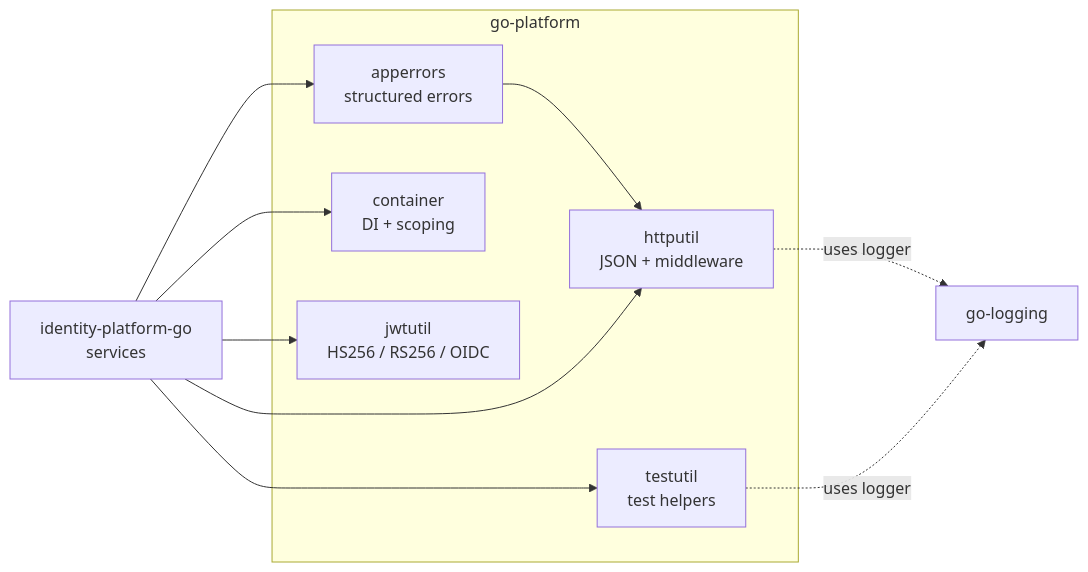
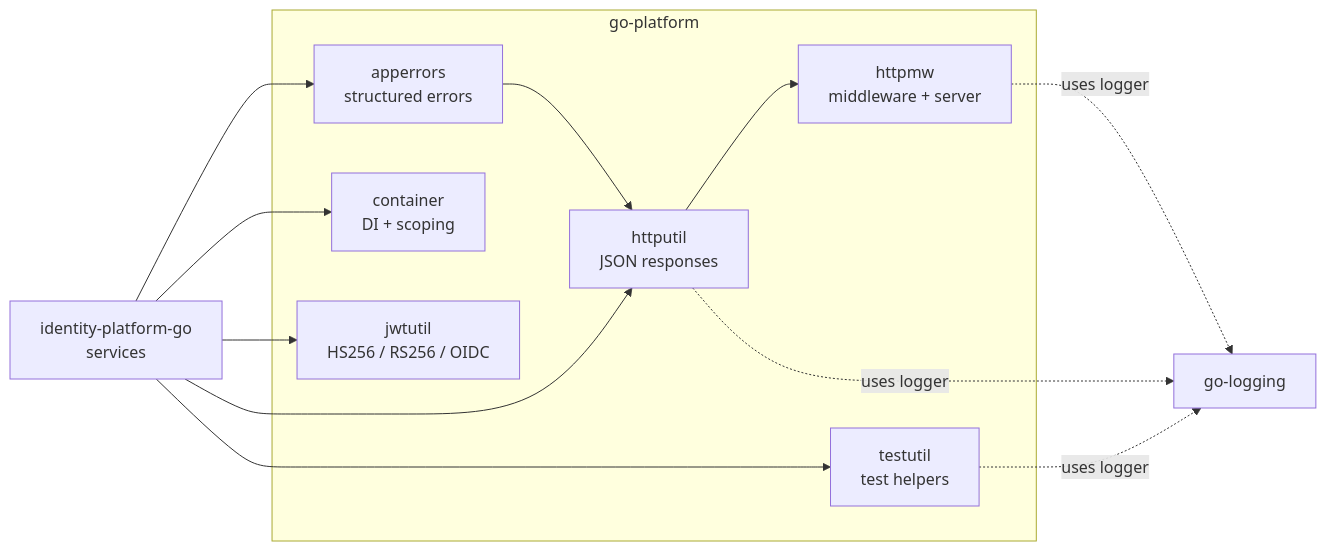
Before and after one commit to jedi-knights/architecture: the diagram in docs/go-platform.md, drawn with Mermaid. The commit also changed other lines of this file and 1 other file, not shown here.

Commit message:
docs(adr): add ADR-0001 shared http middleware in go-platform httpmw

````diff
--- a/docs/go-platform.md
+++ b/docs/go-platform.md
@@ -22,20 +22,23 @@
 ```mermaid
 graph LR
     subgraph go-platform
         AE[apperrors<br/>structured errors]
         CT[container<br/>DI + scoping]
-        HU[httputil<br/>JSON + middleware]
+        HU[httputil<br/>JSON responses]
+        HM[httpmw<br/>middleware + server]
         JU[jwtutil<br/>HS256 / RS256 / OIDC]
         TU[testutil<br/>test helpers]
     end
 
     AE --> HU
+    HU --> HM
+    HM -.uses logger.-> GL
     HU -.uses logger.-> GL[go-logging]
     TU -.uses logger.-> GL
 
     Services[identity-platform-go<br/>services] --> AE
     Services --> CT
     Services --> HU
     Services --> JU
     Services --> TU
 ```
````
